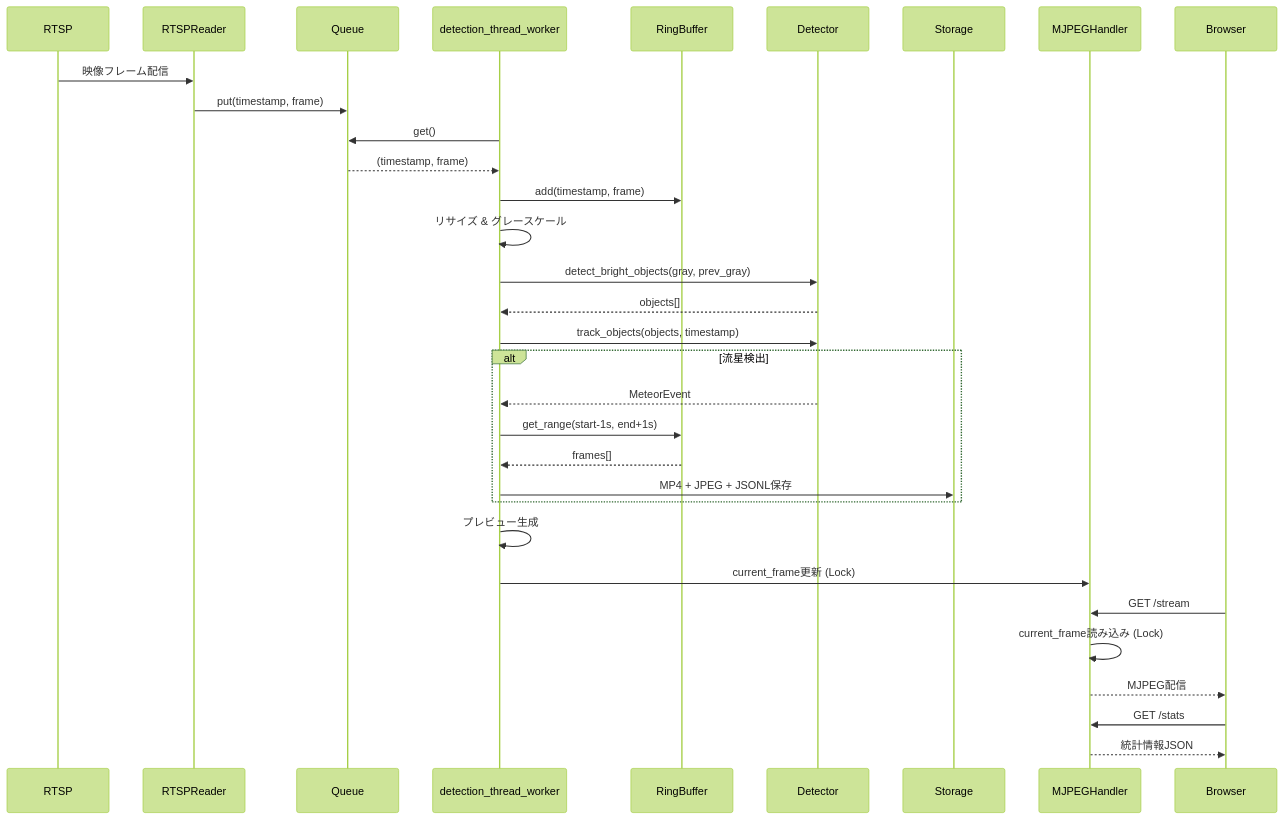
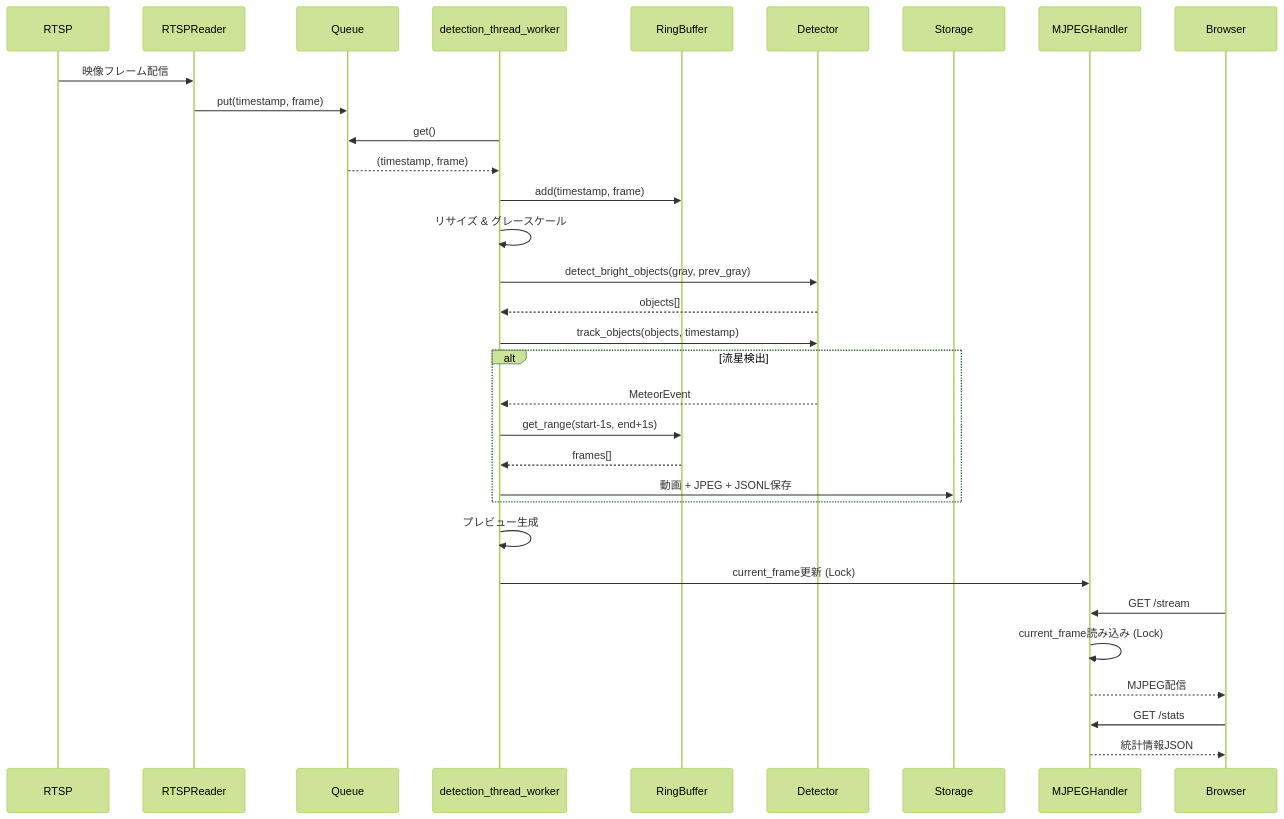
One commit to Masakai/meteo changed the tenth of 12 diagrams in documents/DETECTOR_COMPONENTS.md. Above: the diagram before and after it, drawn with Mermaid (forest theme). The commit also changed other lines of this file and 15 other files, not shown here.

````diff
--- a/documents/DETECTOR_COMPONENTS.md
+++ b/documents/DETECTOR_COMPONENTS.md
@@ -556,44 +556,44 @@
 ```mermaid
 sequenceDiagram
     participant RTSP
     participant RTSPReader
     participant Queue
     participant Worker as detection_thread_worker
     participant Buffer as RingBuffer
     participant Detector
     participant Storage
     participant Web as MJPEGHandler
     participant Browser
 
     RTSP->>RTSPReader: 映像フレーム配信
     RTSPReader->>Queue: put(timestamp, frame)
 
     Worker->>Queue: get()
     Queue-->>Worker: (timestamp, frame)
 
     Worker->>Buffer: add(timestamp, frame)
 
     Worker->>Worker: リサイズ & グレースケール
 
     Worker->>Detector: detect_bright_objects(gray, prev_gray)
     Detector-->>Worker: objects[]
 
     Worker->>Detector: track_objects(objects, timestamp)
 
     alt 流星検出
         Detector-->>Worker: MeteorEvent
         Worker->>Buffer: get_range(start-1s, end+1s)
         Buffer-->>Worker: frames[]
-        Worker->>Storage: MP4 + JPEG + JSONL保存
+        Worker->>Storage: 動画 + JPEG + JSONL保存
     end
 
     Worker->>Worker: プレビュー生成
     Worker->>Web: current_frame更新 (Lock)
 
     Browser->>Web: GET /stream
     Web->>Web: current_frame読み込み (Lock)
     Web-->>Browser: MJPEG配信
 
     Browser->>Web: GET /stats
     Web-->>Browser: 統計情報JSON
 ```
````
